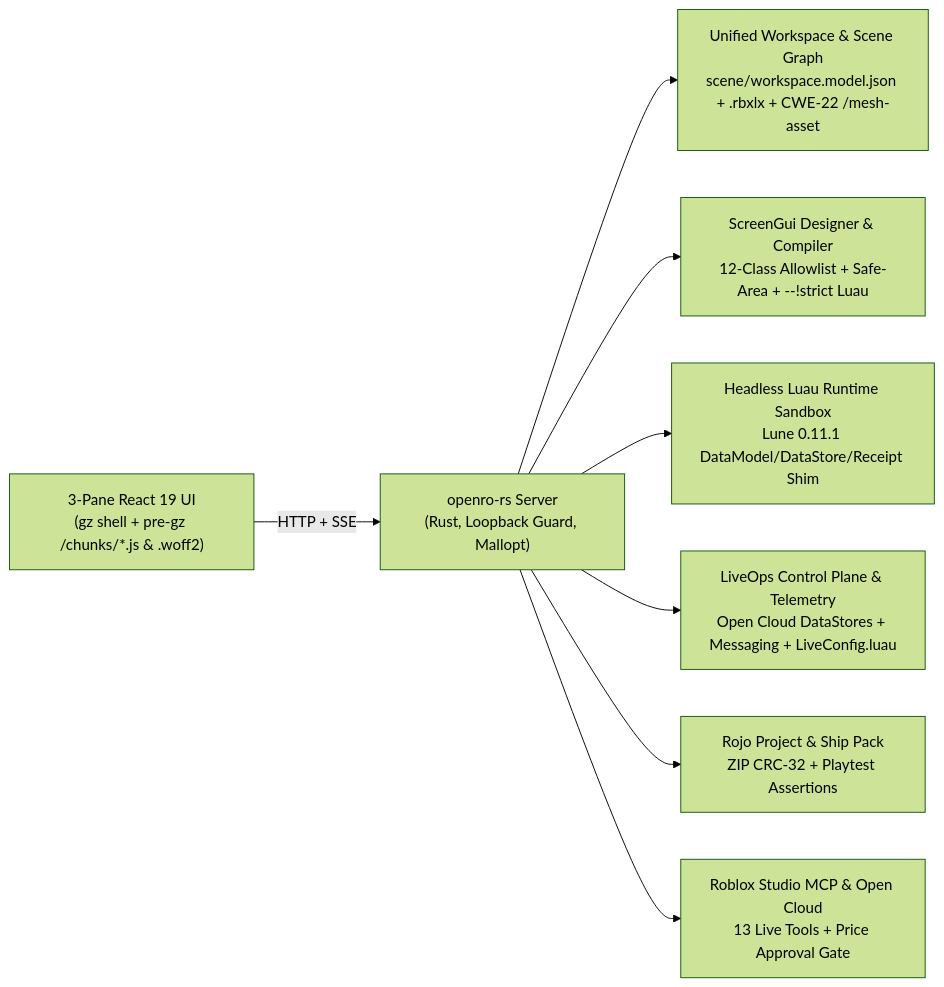
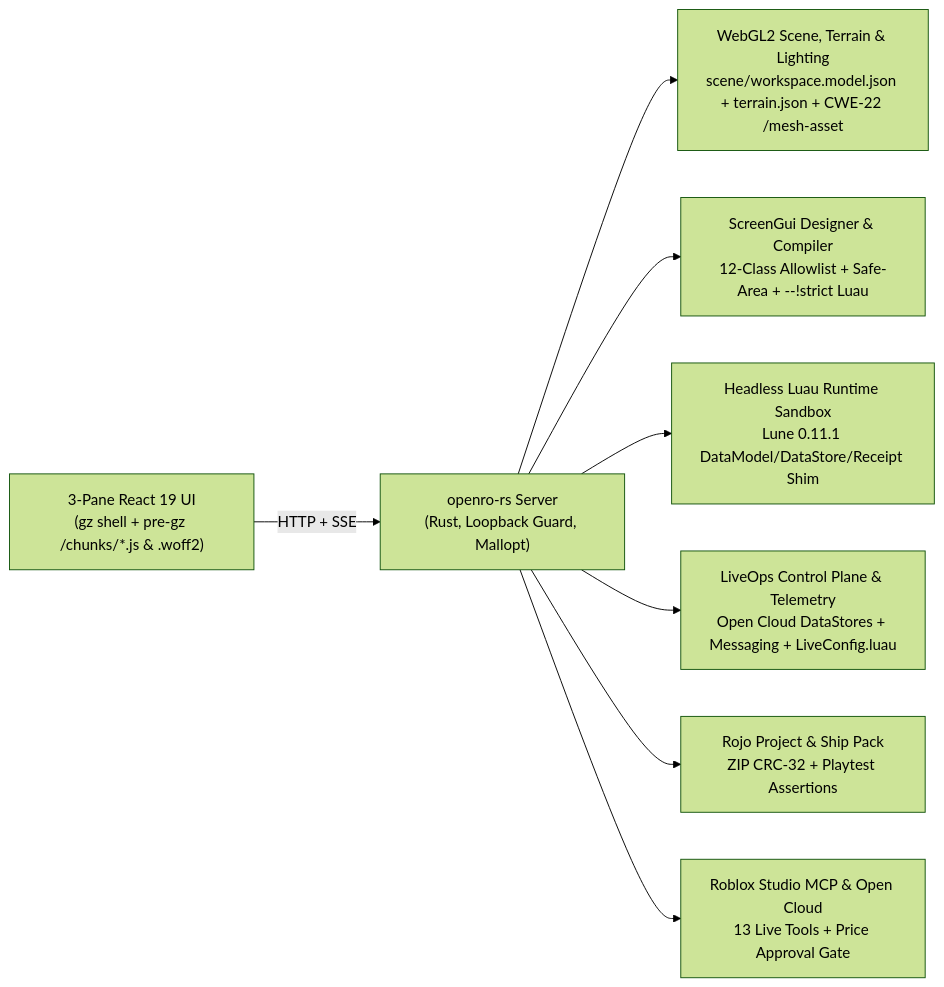
Before and after one commit to cayleb-james2008/open-ro: the diagram in README.md, drawn with Mermaid (forest theme). The commit also changed other lines of this file and 17 other files, not shown here.

Commit message:
release(v1.24.0): integrate WebGL2 3D viewport, terrain, lighting, seam fixes, and verified gates

````diff
--- a/README.md
+++ b/README.md
@@ -94,10 +95,10 @@
 ```mermaid
 flowchart LR
   UI["3-Pane React 19 UI<br/>(gz shell + pre-gz /chunks/*.js & .woff2)"] -->|HTTP + SSE| SRV["openro-rs Server<br/>(Rust, Loopback Guard, Mallopt)"]
-  SRV --> LP["Unified Workspace &amp; Scene Graph<br/>scene/workspace.model.json + .rbxlx + CWE-22 /mesh-asset"]
+  SRV --> LP["WebGL2 Scene, Terrain &amp; Lighting<br/>scene/workspace.model.json + terrain.json + CWE-22 /mesh-asset"]
   SRV --> GD["ScreenGui Designer &amp; Compiler<br/>12-Class Allowlist + Safe-Area + --!strict Luau"]
   SRV --> SB["Headless Luau Runtime Sandbox<br/>Lune 0.11.1 DataModel/DataStore/Receipt Shim"]
   SRV --> LO["LiveOps Control Plane &amp; Telemetry<br/>Open Cloud DataStores + Messaging + LiveConfig.luau"]
   SRV --> PJ["Rojo Project &amp; Ship Pack<br/>ZIP CRC-32 + Playtest Assertions"]
   SRV --> MCP["Roblox Studio MCP &amp; Open Cloud<br/>13 Live Tools + Price Approval Gate"]
 ```
````
